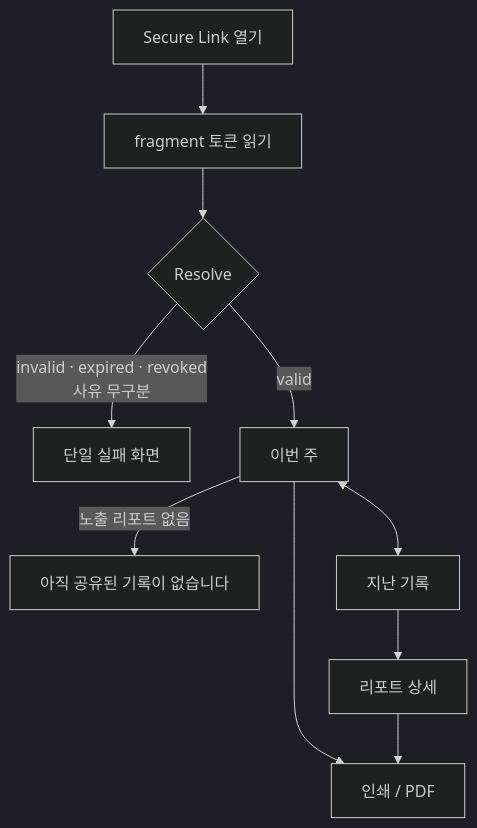
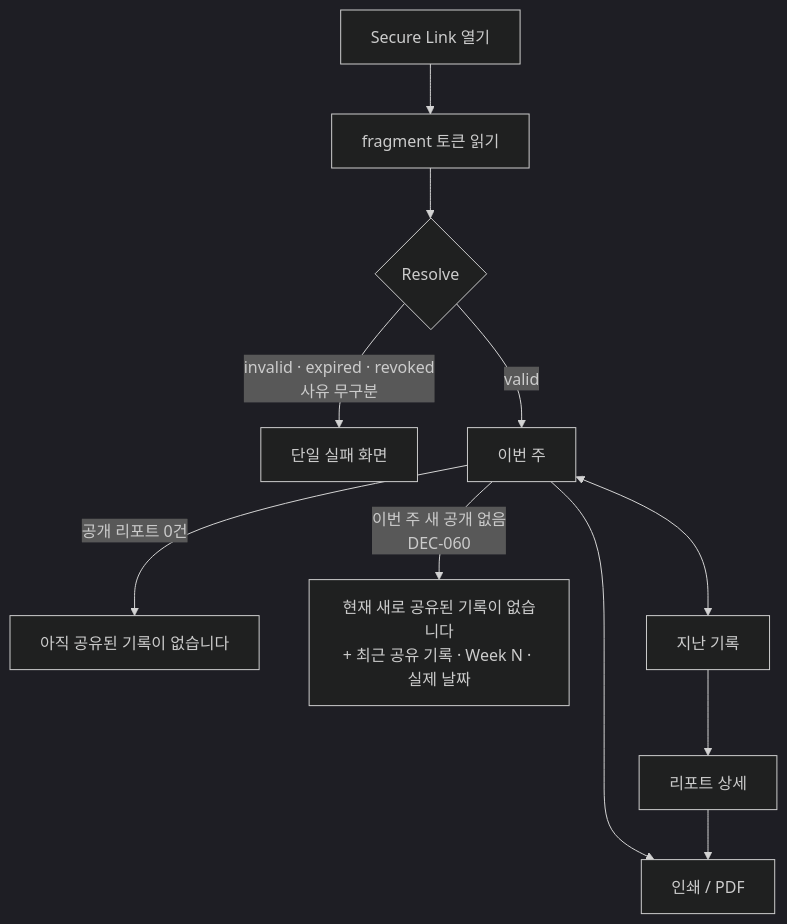
Before and after one commit to SOYESKIDS/teachable-art-play3: the third of 3 diagrams in docs/02-ia/report-portal-flow.md, drawn with Mermaid (dark theme). The commit also changed other lines of this file and 18 other files, not shown here.

````diff
--- a/docs/02-ia/report-portal-flow.md
+++ b/docs/02-ia/report-portal-flow.md
@@ -125,12 +125,13 @@
 ```mermaid
 flowchart TD
   L[Secure Link 열기] --> F[fragment 토큰 읽기]
   F --> R{Resolve}
   R -->|invalid · expired · revoked<br/>사유 무구분| FAIL[단일 실패 화면]
   R -->|valid| HOME[이번 주]
-  HOME -->|노출 리포트 없음| EMPTY[아직 공유된 기록이 없습니다]
+  HOME -->|공개 리포트 0건| EMPTY[아직 공유된 기록이 없습니다]
+  HOME -->|이번 주 새 공개 없음<br/>DEC-060| NONEW[현재 새로 공유된 기록이 없습니다<br/>+ 최근 공유 기록 · Week N · 실제 날짜]
   HOME <--> PAST[지난 기록]
   PAST --> DETAIL[리포트 상세]
   HOME --> PRINT[인쇄 / PDF]
   DETAIL --> PRINT
 ```
````
